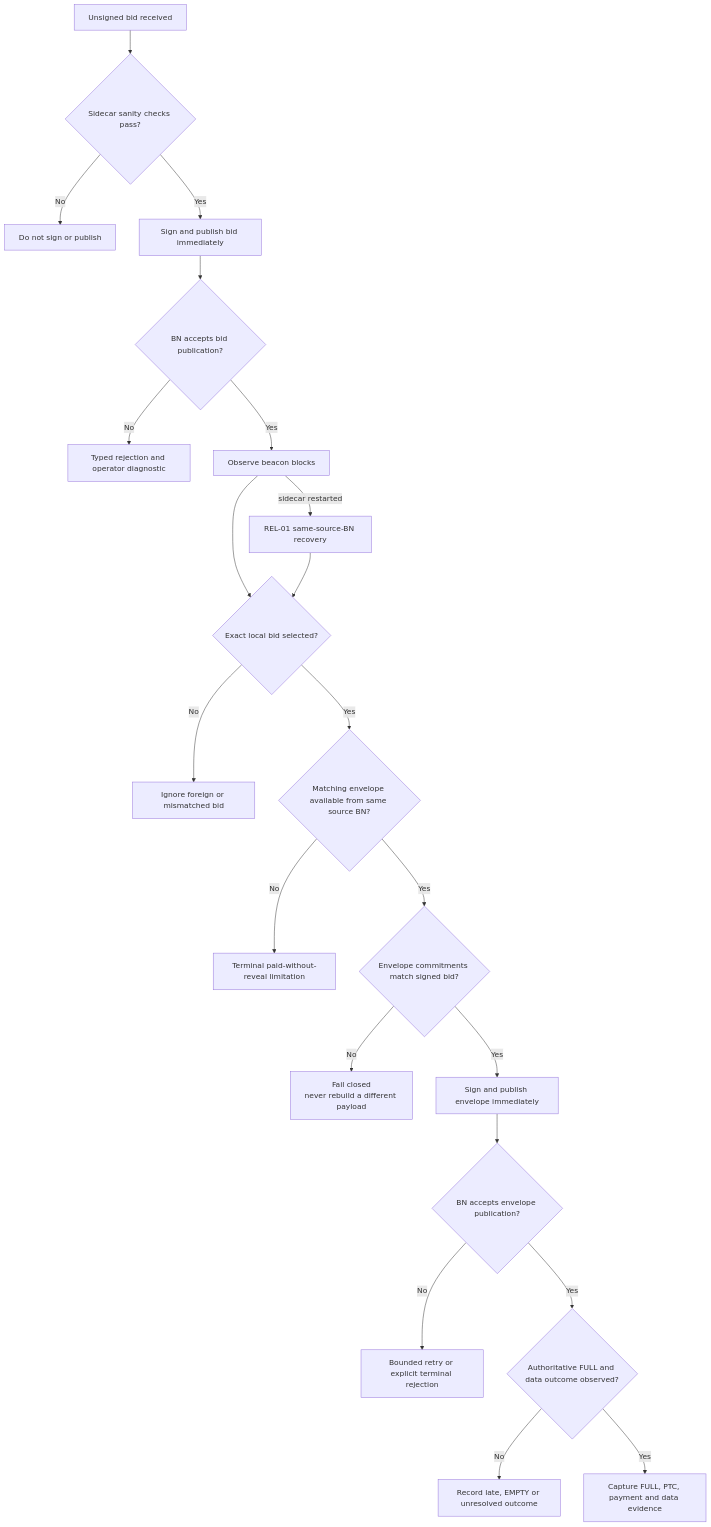
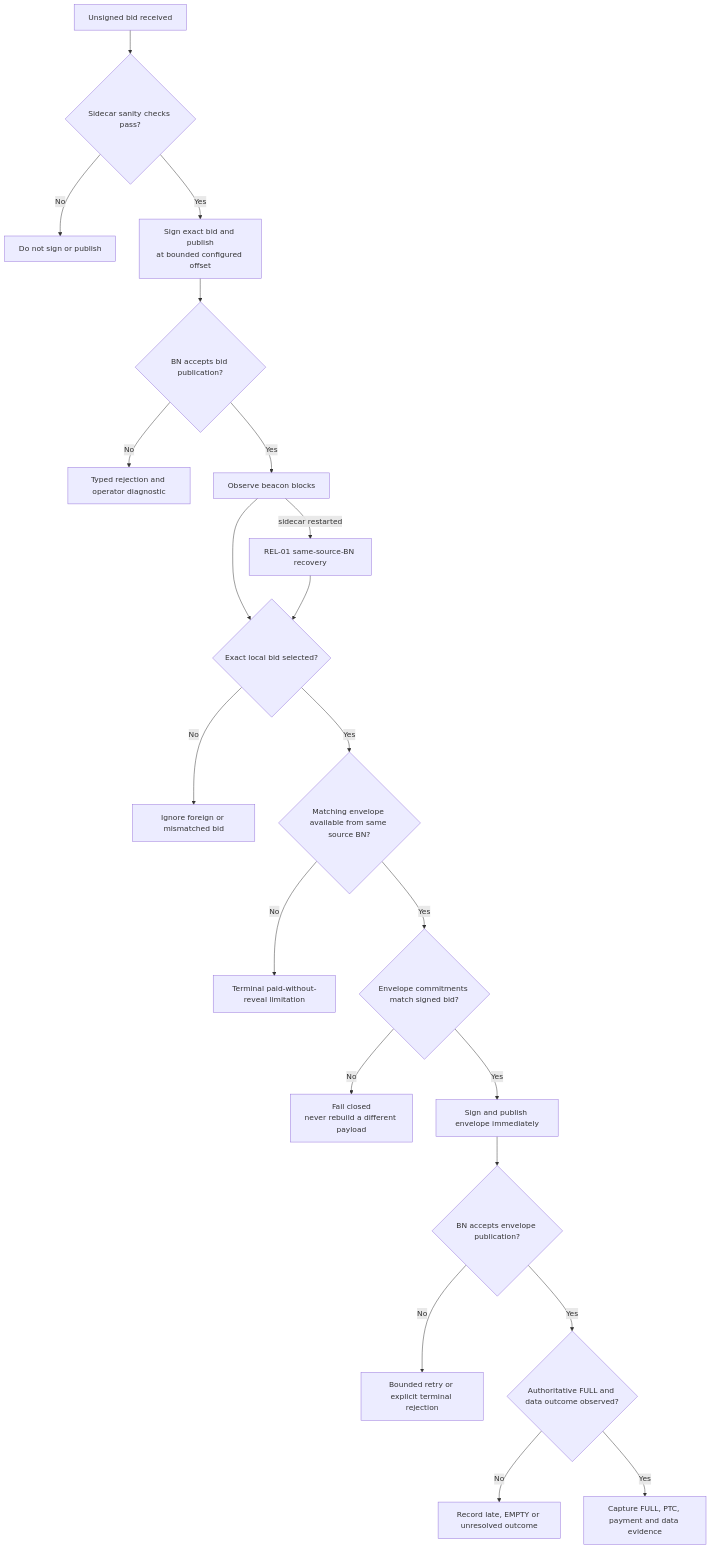
Before and after one commit to krisoshea-eth/lodestar-eip-7732-builder-docs: diagram 13 of 16 in docs/implementation-plan.md, drawn with Mermaid. The commit also changed other lines of this file, not shown here.

````diff
--- a/docs/implementation-plan.md
+++ b/docs/implementation-plan.md
@@ -913,23 +918,23 @@
 ```mermaid
 flowchart TD
     CANDIDATE["Unsigned bid received"] --> CHECKQ{"Sidecar sanity checks pass?"}
     CHECKQ -->|No| CHECKFAIL["Do not sign or publish"]
-    CHECKQ -->|Yes| SIGNPUB["Sign and publish bid immediately"]
+    CHECKQ -->|Yes| SIGNPUB["Sign exact bid and publish<br/>at bounded configured offset"]
     SIGNPUB --> PUBQ{"BN accepts bid publication?"}
     PUBQ -->|No| PUBFAIL["Typed rejection and operator diagnostic"]
     PUBQ -->|Yes| OBSERVE["Observe beacon blocks"]
     OBSERVE --> MATCHQ{"Exact local bid selected?"}
     MATCHQ -->|No| IGNORE["Ignore foreign or mismatched bid"]
     MATCHQ -->|Yes| ENVQ{"Matching envelope available from same source BN?"}
     ENVQ -->|No| ENVFAIL["Terminal paid-without-reveal limitation"]
     ENVQ -->|Yes| COMMITQ{"Envelope commitments match signed bid?"}
     COMMITQ -->|No| MISMATCH["Fail closed<br/>never rebuild a different payload"]
     COMMITQ -->|Yes| REVEAL["Sign and publish envelope immediately"]
     REVEAL --> REVEALQ{"BN accepts envelope publication?"}
     REVEALQ -->|No| REJECT["Bounded retry or explicit terminal rejection"]
     REVEALQ -->|Yes| FULLQ{"Authoritative FULL and data outcome observed?"}
     FULLQ -->|No| OUTFAIL["Record late, EMPTY or unresolved outcome"]
     FULLQ -->|Yes| EVIDENCE["Capture FULL, PTC, payment and data evidence"]
     OBSERVE -->|sidecar restarted| RECOVER["REL-01 same-source-BN recovery"]
     RECOVER --> MATCHQ
 ```
````
